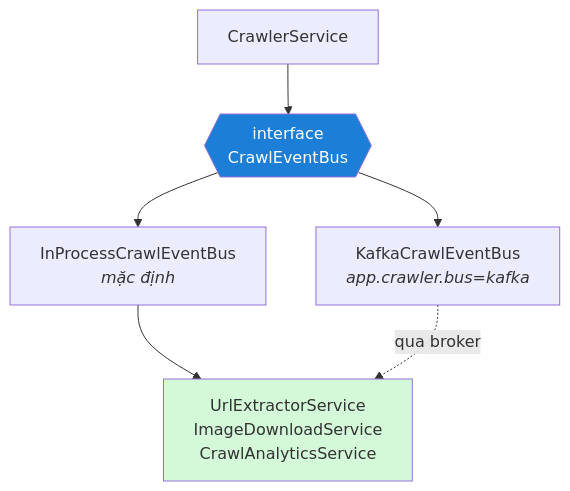
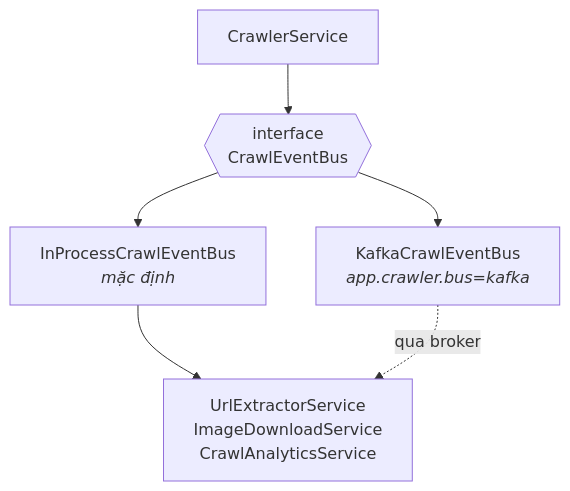
The third of 3 diagrams in docs/Math/10-kafka/00-SO-DO-TU-DUY.md (KietAnhCS/CocCoc-Plus), drawn with Mermaid before and after one commit. The commit also changed other lines of this file and 73 other files, not shown here.

First line of the commit message:
docs: fix drift and add diagrams (#22)

````diff
--- a/docs/Math/10-kafka/00-SO-DO-TU-DUY.md
+++ b/docs/Math/10-kafka/00-SO-DO-TU-DUY.md
@@ -257,12 +245,9 @@
 ```mermaid
 flowchart TB
     cs["CrawlerService"] --> bus{{"interface<br/>CrawlEventBus"}}
     bus --> inproc["InProcessCrawlEventBus<br/><i>mặc định</i>"]
     bus --> kfk["KafkaCrawlEventBus<br/><i>app.crawler.bus=kafka</i>"]
 
     inproc --> sv["UrlExtractorService<br/>ImageDownloadService<br/>CrawlAnalyticsService"]
     kfk -.->|"qua broker"| sv
-
-    style bus fill:#1c7ed6,color:#fff
-    style sv fill:#d3f9d8
 ```
````
